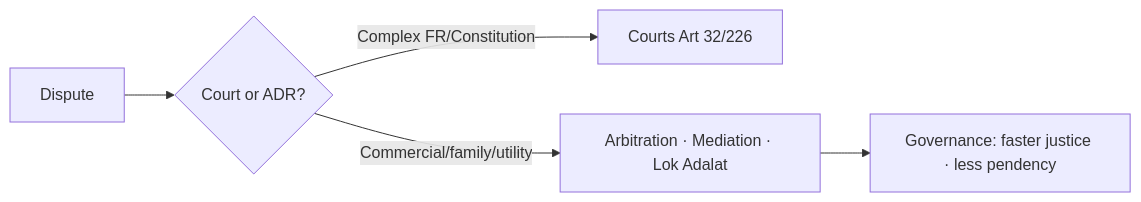
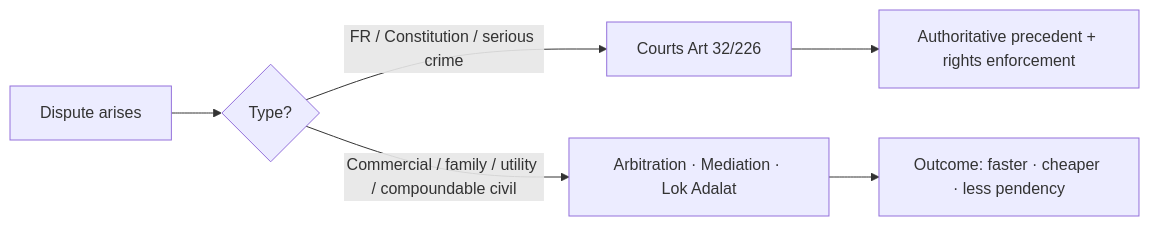
One commit to nitishpratap/UP-PCS changed the second of 2 diagrams in mains-pyqs/GS-2/Polity_Constitution/04_Separation_Powers_ADR_Judicial_Activism.md. Above: the diagram before and after it, drawn with Mermaid. The commit also changed other lines of this file and 97 other files, not shown here.

````diff
--- a/mains-pyqs/GS-2/Polity_Constitution/04_Separation_Powers_ADR_Judicial_Activism.md
+++ b/mains-pyqs/GS-2/Polity_Constitution/04_Separation_Powers_ADR_Judicial_Activism.md
@@ -255,7 +313,8 @@
 ```mermaid
 flowchart LR
-  D[Dispute] --> C{Court or ADR?}
-  C -->|Complex FR/Constitution| CT[Courts Art 32/226]
-  C -->|Commercial/family/utility| ADR[Arbitration · Mediation · Lok Adalat]
-  ADR --> G[Governance: faster justice · less pendency]
+  D[Dispute arises] --> Q{Type?}
+  Q -->|FR / Constitution / serious crime| CT[Courts Art 32/226]
+  Q -->|Commercial / family / utility / compoundable civil| ADR[Arbitration · Mediation · Lok Adalat]
+  ADR --> O[Outcome: faster · cheaper · less pendency]
+  CT --> R[Authoritative precedent + rights enforcement]
 ```
````
